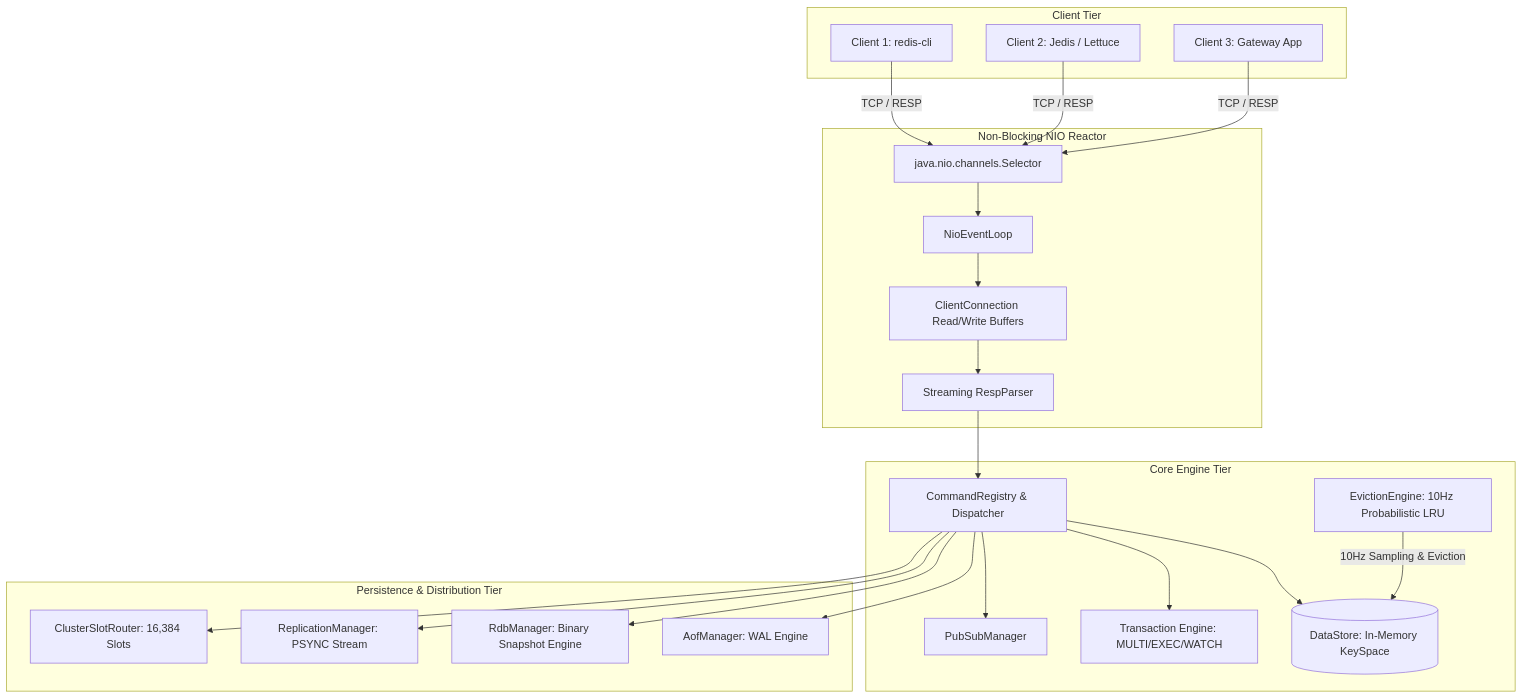
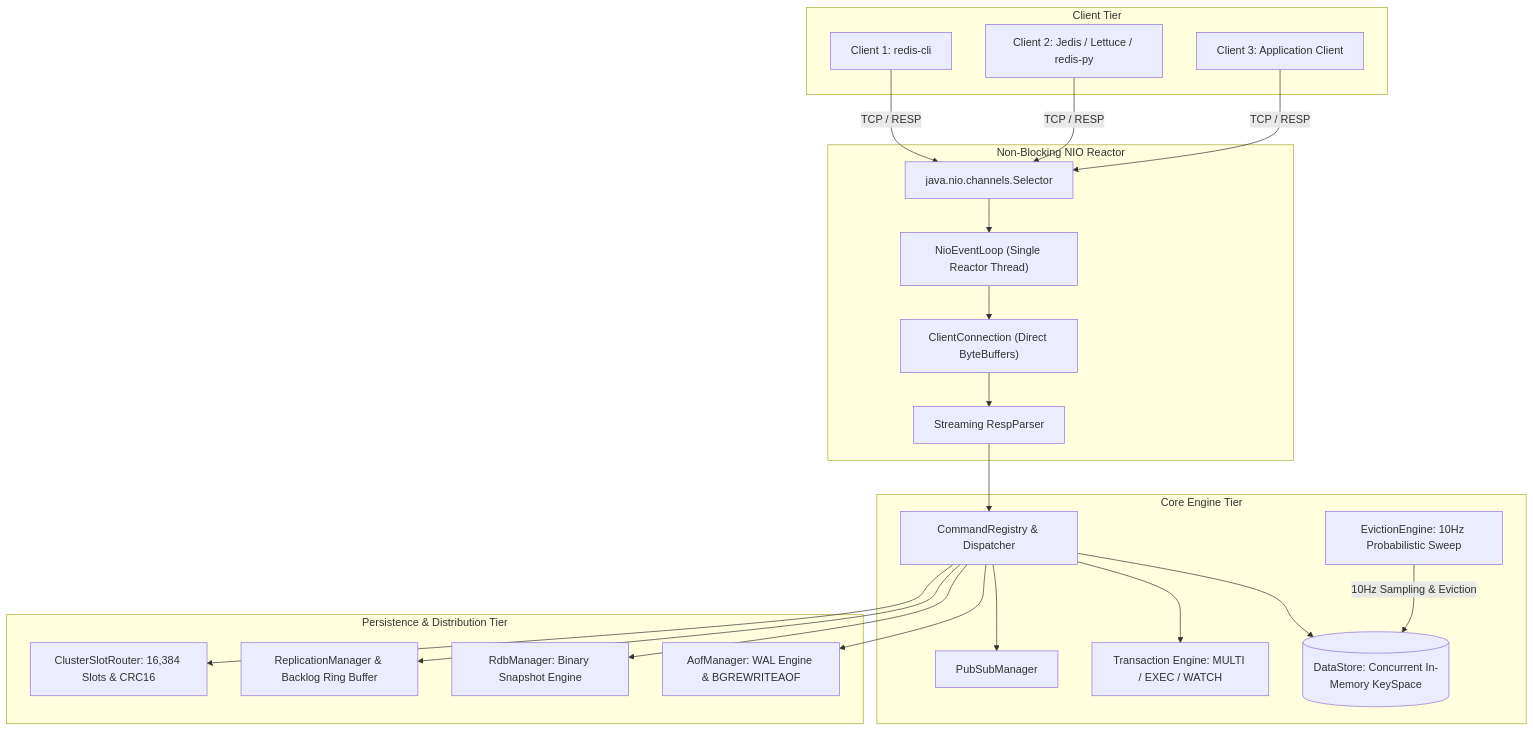
Before and after one commit to arraimal70-code/Redis-Java: the first of 3 diagrams in docs/ARCHITECTURE.md, drawn with Mermaid. The commit also changed other lines of this file and 16 other files, not shown here.

````diff
--- a/docs/ARCHITECTURE.md
+++ b/docs/ARCHITECTURE.md
@@ -9,49 +9,49 @@
 ```mermaid
 graph TD
     subgraph Client Tier
-        C1[Client 1: redis-cli]
-        C2[Client 2: Jedis / Lettuce]
-        C3[Client 3: Gateway App]
+        C1["Client 1: redis-cli"]
+        C2["Client 2: Jedis / Lettuce / redis-py"]
+        C3["Client 3: Application Client"]
     end
 
     subgraph Network Tier [Non-Blocking NIO Reactor]
-        EL[NioEventLoop]
-        Sel[java.nio.channels.Selector]
-        CC[ClientConnection Read/Write Buffers]
-        Parser[Streaming RespParser]
+        EL["NioEventLoop (Single Reactor Thread)"]
+        Sel["java.nio.channels.Selector"]
+        CC["ClientConnection (Direct ByteBuffers)"]
+        Parser["Streaming RespParser"]
     end
 
     subgraph Core Engine Tier
-        CR[CommandRegistry & Dispatcher]
-        DS[(DataStore: In-Memory KeySpace)]
-        EE[EvictionEngine: 10Hz Probabilistic LRU]
-        TX[Transaction Engine: MULTI/EXEC/WATCH]
-        PS[PubSubManager]
+        CR["CommandRegistry & Dispatcher"]
+        DS[("DataStore: Concurrent In-Memory KeySpace")]
+        EE["EvictionEngine: 10Hz Probabilistic Sweep"]
+        TX["Transaction Engine: MULTI / EXEC / WATCH"]
+        PS["PubSubManager"]
     end
 
     subgraph Persistence & Distribution Tier
-        AOF[AofManager: WAL Engine]
-        RDB[RdbManager: Binary Snapshot Engine]
-        REP[ReplicationManager: PSYNC Stream]
-        CLUST[ClusterSlotRouter: 16,384 Slots]
+        AOF["AofManager: WAL Engine & BGREWRITEAOF"]
+        RDB["RdbManager: Binary Snapshot Engine"]
+        REP["ReplicationManager & Backlog Ring Buffer"]
+        CLUST["ClusterSlotRouter: 16,384 Slots & CRC16"]
     end
 
     C1 -->|TCP / RESP| Sel
     C2 -->|TCP / RESP| Sel
     C3 -->|TCP / RESP| Sel
 
     Sel --> EL
     EL --> CC
     CC --> Parser
     Parser --> CR
 
     CR --> DS
     CR --> TX
     CR --> PS
     CR --> AOF
     CR --> RDB
     CR --> REP
     CR --> CLUST
 
     EE -->|10Hz Sampling & Eviction| DS
 ```
````
